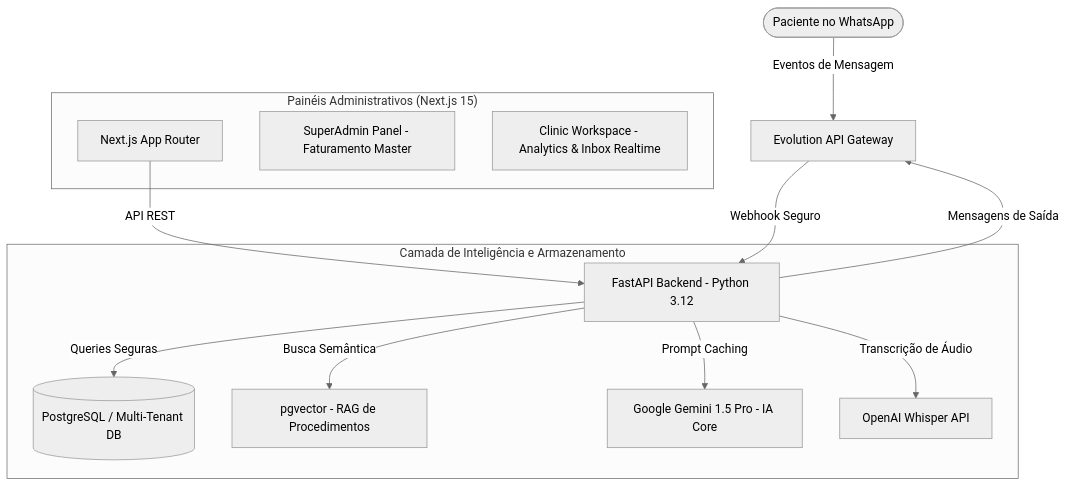
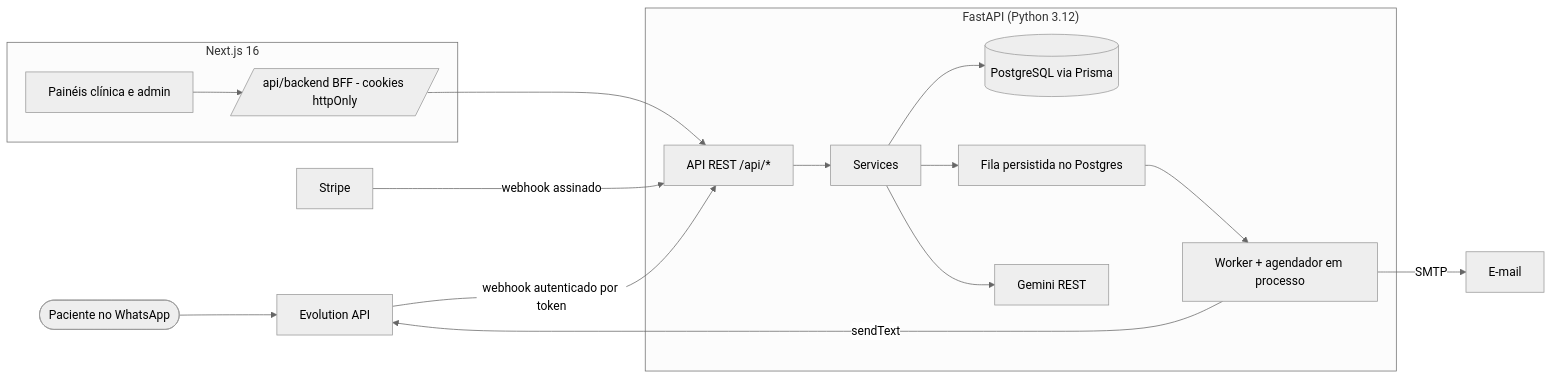
One commit to codebyjuliamendes/secretar.ia changed the diagram in README.md. Above: the diagram before and after it, drawn with Mermaid (neutral theme). The commit also changed other lines of this file and 211 other files, not shown here.

````diff
--- a/README.md
+++ b/README.md
@@ -13,20 +23,19 @@
 ```mermaid
-graph TD
-    Patient([Paciente no WhatsApp]) -->|Eventos de Mensagem| Evolution[Evolution API Gateway]
-    Evolution -->|Webhook Seguro| Python[FastAPI Backend - Python 3.12]
-    
-    subgraph "Camada de Inteligência e Armazenamento"
-        Python -->|Queries Seguras| Postgres[(PostgreSQL / Multi-Tenant DB)]
-        Python -->|Busca Semântica| Vector[pgvector - RAG de Procedimentos]
-        Python -->|Prompt Caching| Gemini[Google Gemini 1.5 Pro - IA Core]
-        Python -->|Transcrição de Áudio| Whisper[OpenAI Whisper API]
+graph LR
+    P([Paciente no WhatsApp]) --> EVO[Evolution API]
+    EVO -->|webhook autenticado por token| API
+    subgraph Backend["FastAPI (Python 3.12)"]
+        API[API REST /api/*] --> SVC[Services]
+        SVC --> DB[(PostgreSQL via Prisma)]
+        SVC --> Q[Fila persistida no Postgres]
+        Q --> W[Worker + agendador em processo]
+        SVC --> AI[Gemini REST]
     end
-
-    subgraph "Painéis Administrativos (Next.js 15)"
-        Next[Next.js App Router] -->|API REST| Python
-        Admin[SuperAdmin Panel - Faturamento Master]
-        Clinic[Clinic Workspace - Analytics & Inbox Realtime]
+    W -->|sendText| EVO
+    W -->|SMTP| MAIL[E-mail]
+    STRIPE[Stripe] -->|webhook assinado| API
+    subgraph Frontend["Next.js 16"]
+        BFF[/api/backend BFF - cookies httpOnly/] --> API
+        UI[Painéis clínica e admin] --> BFF
     end
-    
-    Python -->|Mensagens de Saída| Evolution
 ```
````
